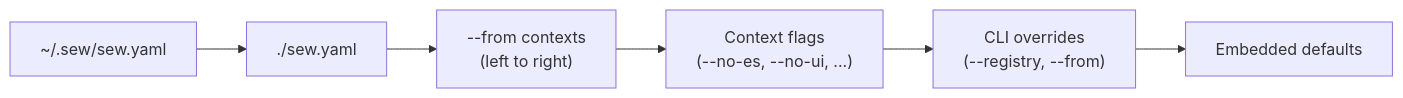
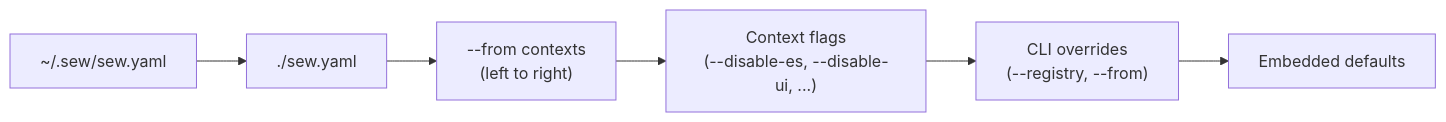
The second of 3 diagrams in site/content/docs/reference/architecture.md (a-cordier/sew), drawn with Mermaid before and after one commit. The commit also changed 31 other files, not shown here.

````diff
--- a/site/content/docs/reference/architecture.md
+++ b/site/content/docs/reference/architecture.md
@@ -56,8 +56,8 @@
 ```mermaid
 flowchart LR
     A["~/.sew/sew.yaml"] --> B["./sew.yaml"]
     B --> C["--from contexts\n(left to right)"]
-    C --> D["Context flags\n(--no-es, --no-ui, ...)"]
+    C --> D["Context flags\n(--disable-es, --disable-ui, ...)"]
     D --> E["CLI overrides\n(--registry, --from)"]
     E --> F["Embedded defaults"]
 ```
````
